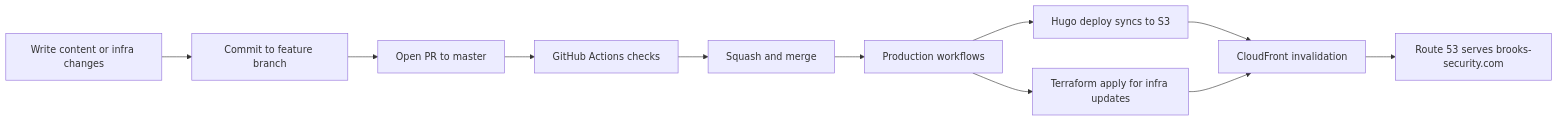
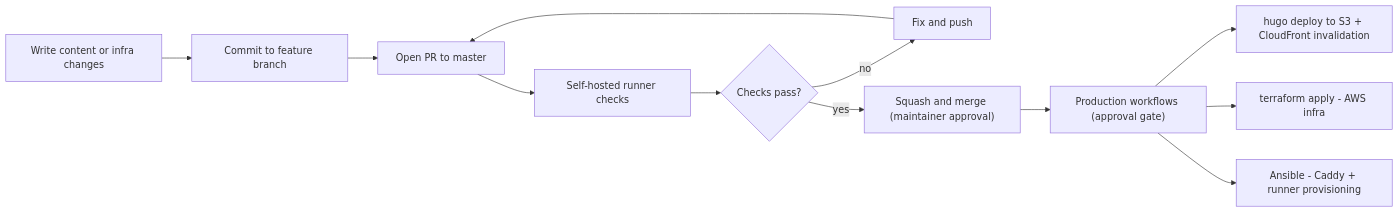
The fourth of 4 diagrams in hugo/content/docs/Portfolio/GitOps.md (brooks-security-com/brooks-security.com), drawn with Mermaid before and after one commit. The commit also changed other lines of this file and 1 other file, not shown here.

Commit message:
docs: update architecture documentation and readme

````diff
--- a/hugo/content/docs/Portfolio/GitOps.md
+++ b/hugo/content/docs/Portfolio/GitOps.md
@@ -31,13 +110,14 @@
 ```mermaid
 flowchart LR
-    A[Write content or infra changes] --> B[Commit to feature branch]
-    B --> C[Open PR to master]
-    C --> D[GitHub Actions checks]
-    D --> E[Squash and merge]
-    E --> F[Production workflows]
-    F --> G[Hugo deploy syncs to S3]
-    F --> H[Terraform apply for infra updates]
-    G --> I[CloudFront invalidation]
-    H --> I
-    I --> J[Route 53 serves brooks-security.com]
+    A["Write content or infra changes"] --> B["Commit to feature branch"]
+    B --> C["Open PR to master"]
+    C --> D["Self-hosted runner checks"]
+    D --> E{"Checks pass?"}
+    E -- "no" --> G["Fix and push"]
+    G --> C
+    E -- "yes" --> F["Squash and merge (maintainer approval)"]
+    F --> H["Production workflows (approval gate)"]
+    H --> I["hugo deploy to S3 + CloudFront invalidation"]
+    H --> J["terraform apply - AWS infra"]
+    H --> K["Ansible - Caddy + runner provisioning"]
 ```
````
